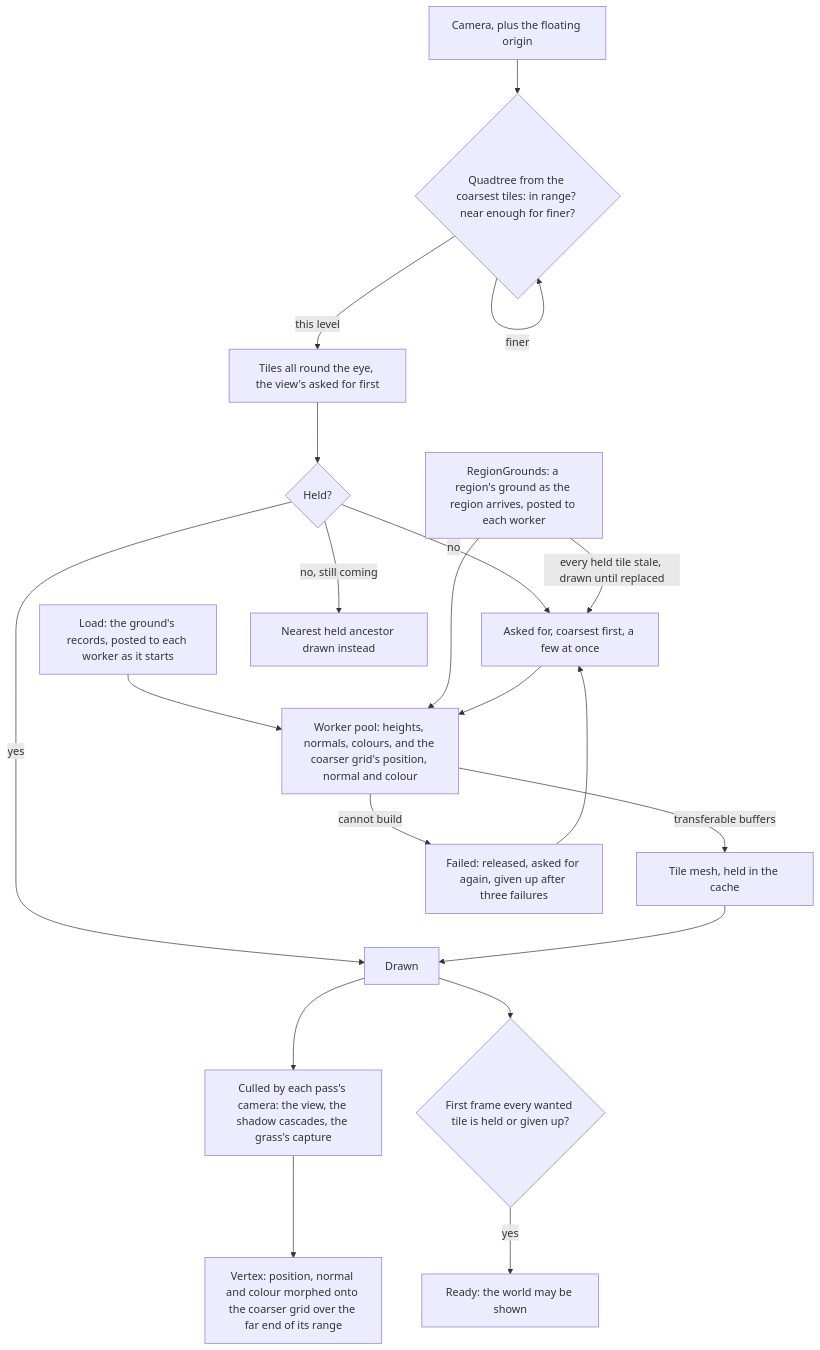
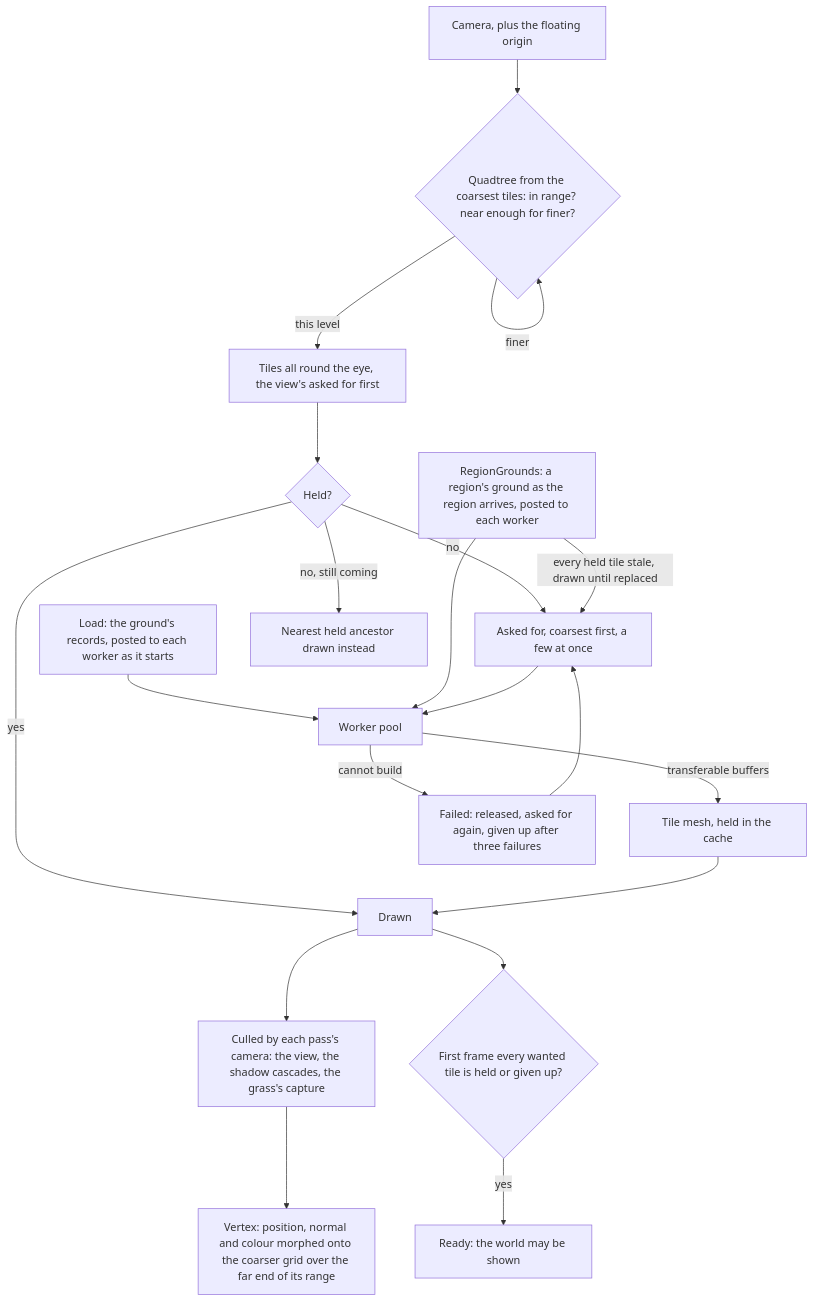
The diagram in openspec/specs/genshin/terrain/design.md (Esposter/Esposter), drawn with Mermaid before and after one commit. The commit also changed other lines of this file and 11 other files, not shown here.

````diff
--- a/openspec/specs/genshin/terrain/design.md
+++ b/openspec/specs/genshin/terrain/design.md
@@ -7,22 +7,22 @@
 ```mermaid
 flowchart TD
   CAM[Camera, plus the floating origin] --> QT{Quadtree from the coarsest tiles: in range? near enough for finer?}
   QT -->|finer| QT
   QT -->|this level| W[Tiles all round the eye, the view's asked for first]
   W --> ST{Held?}
   ST -->|no| REQ[Asked for, coarsest first, a few at once]
   LOAD[Load: the ground's records, posted to each worker as it starts] --> WK
   RGN[RegionGrounds: a region's ground as the region arrives, posted to each worker] --> WK
   RGN -->|every held tile stale, drawn until replaced| REQ
-  REQ --> WK[Worker pool: heights, normals, colours, and the coarser grid's position, normal and colour]
+  REQ --> WK[Worker pool]
   WK -->|transferable buffers| M[Tile mesh, held in the cache]
   WK -->|cannot build| F[Failed: released, asked for again, given up after three failures]
   F --> REQ
   ST -->|yes| D[Drawn]
   ST -->|no, still coming| A[Nearest held ancestor drawn instead]
   M --> D
   D --> CULL[Culled by each pass's camera: the view, the shadow cascades, the grass's capture]
   CULL --> VS[Vertex: position, normal and colour morphed onto the coarser grid over the far end of its range]
   D --> RD{First frame every wanted tile is held or given up?}
   RD -->|yes| READY[Ready: the world may be shown]
 ```
````
